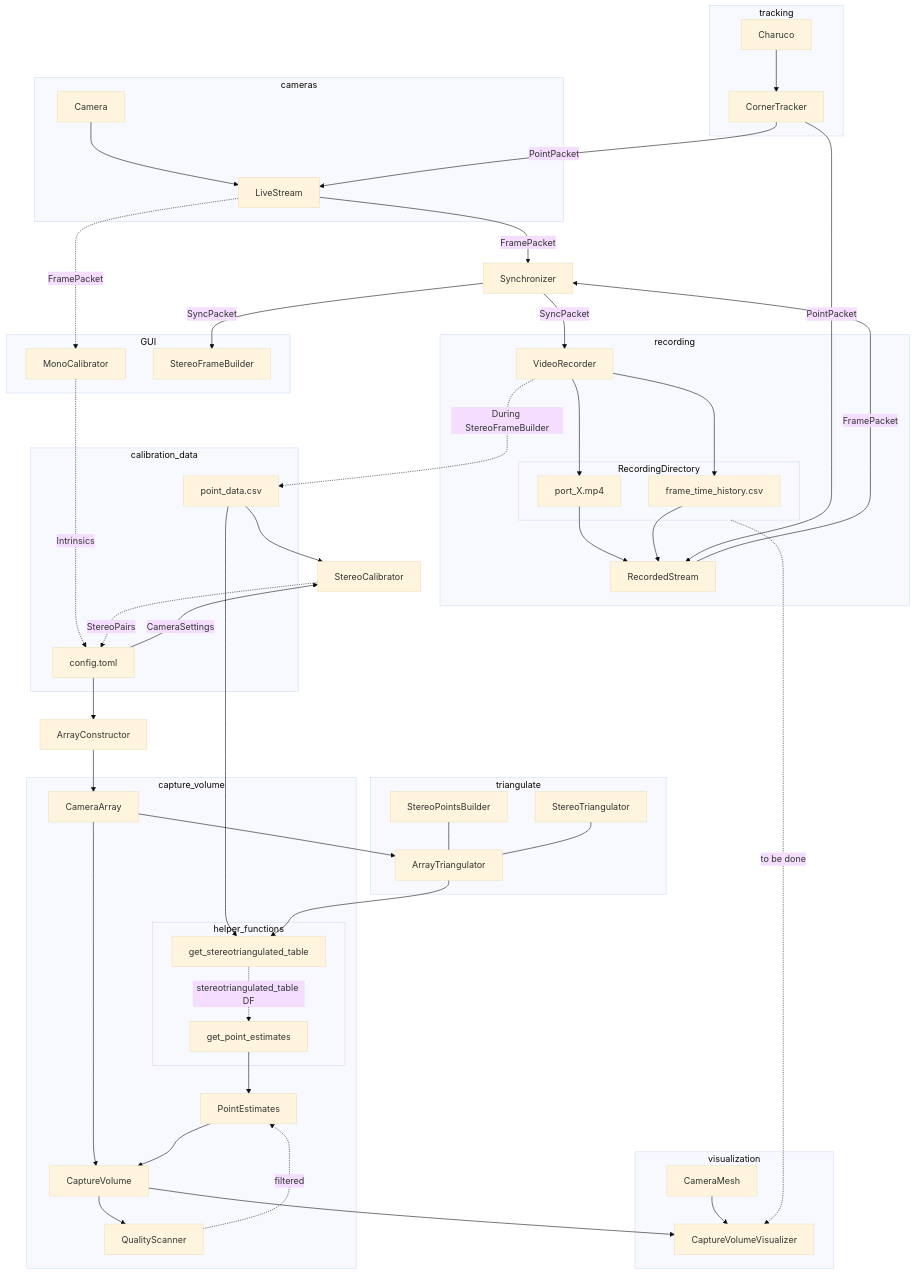
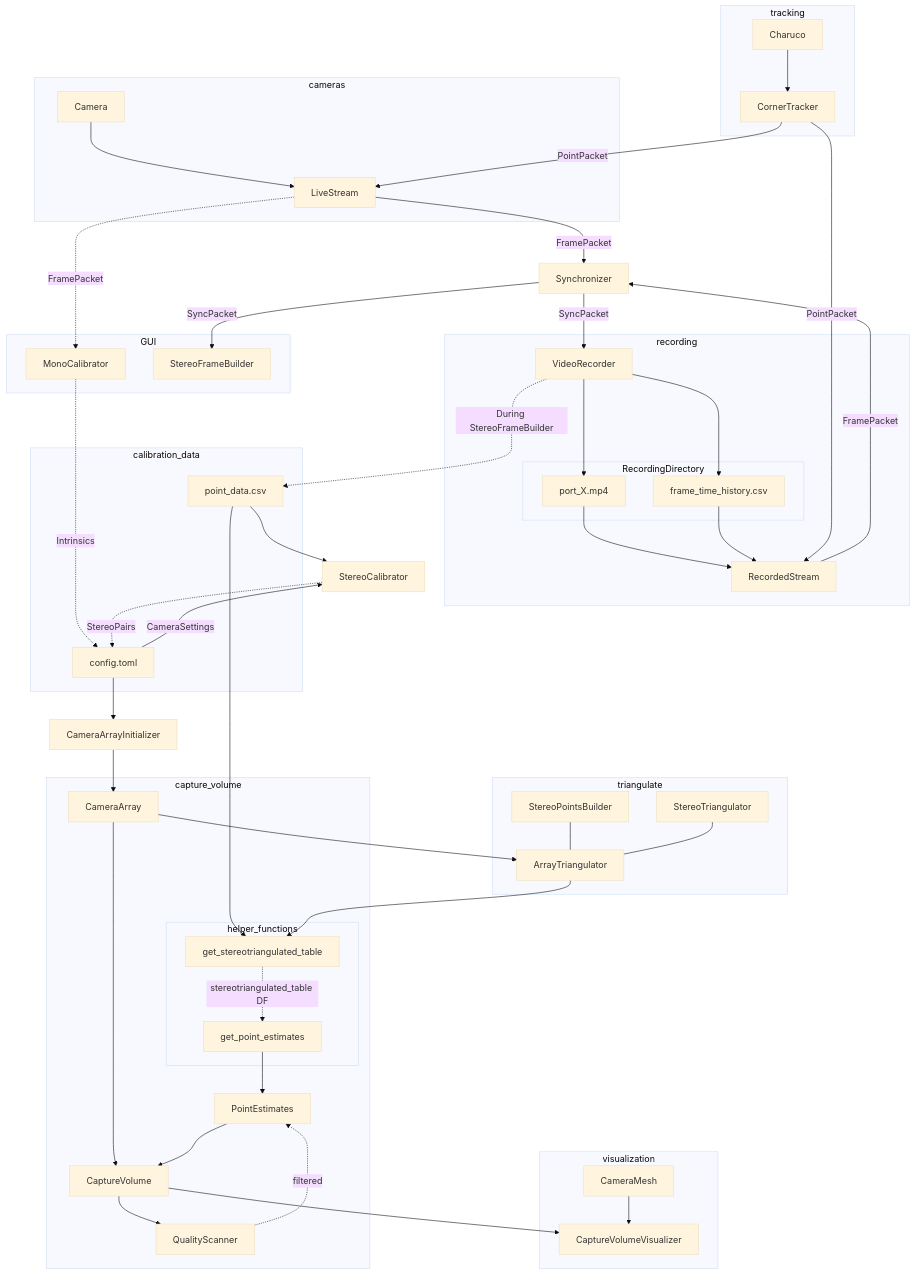
One commit to mprib/caliscope changed the diagram in docs/project_structure.md. Above: the diagram before and after it, drawn with Mermaid (base theme).

Commit message:
reflect current state

```diff
--- a/docs/project_structure.md
+++ b/docs/project_structure.md
@@ -49,7 +49,6 @@
 
 end
 
-RecordingDirectory -.to be done.-> CaptureVolumeVisualizer
 
 point_data.csv --> StereoCalibrator
 config.toml --CameraSettings--> StereoCalibrator
@@ -68,8 +67,8 @@
 
 CornerTracker --PointPacket--> RecordedStream
 
-ArrayConstructor --> CameraArray
-config.toml --> ArrayConstructor
+CameraArrayInitializer --> CameraArray
+config.toml --> CameraArrayInitializer
 
 CameraArray --> ArrayTriangulator
 
```
